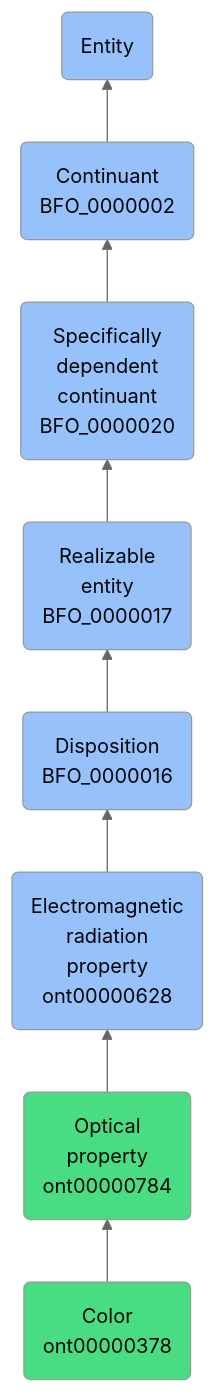
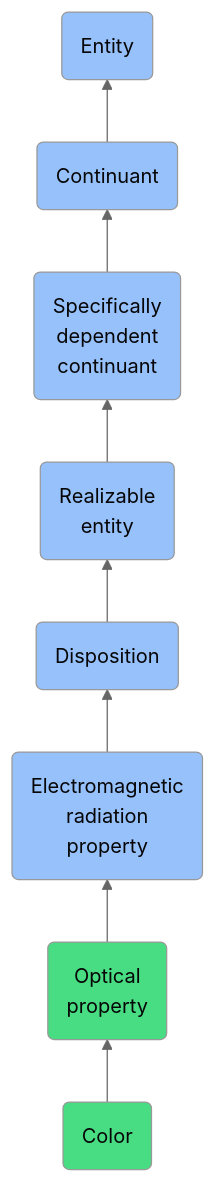
One commit to jupyter-naas/abi changed the diagram in docs/ontology/reference/model/Entity/Continuant/Specifically dependent continuant/Realizable entity/Disposition/Electromagnetic radiation property/Optical property/Color/Color.md. Above: the diagram before and after it, drawn with Mermaid (neutral theme). The commit also changed other lines of this file and 1430 other files, not shown here.

````diff
--- a/docs/ontology/reference/model/Entity/Continuant/Specifically dependent continuant/Realizable entity/Disposition/Electromagnetic radiation property/Optical property/Color/Color.md
+++ b/docs/ontology/reference/model/Entity/Continuant/Specifically dependent continuant/Realizable entity/Disposition/Electromagnetic radiation property/Optical property/Color/Color.md
@@ -24,15 +24,15 @@
 ```mermaid
 graph BT
-    ont00000378(Color<br>ont00000378):::ABI-->ont00000784
-    ont00000784(Optical<br>property<br>ont00000784):::ABI-->ont00000628
-    ont00000628(Electromagnetic<br>radiation<br>property<br>ont00000628):::BFO-->BFO_0000016
-    BFO_0000016(Disposition<br>BFO_0000016):::BFO-->BFO_0000017
-    BFO_0000017(Realizable<br>entity<br>BFO_0000017):::BFO-->BFO_0000020
-    BFO_0000020(Specifically<br>dependent<br>continuant<br>BFO_0000020):::BFO-->BFO_0000002
-    BFO_0000002(Continuant<br>BFO_0000002):::BFO-->BFO_0000001
+    ont00000378(Color):::ABI-->ont00000784
+    ont00000784(Optical<br>property):::ABI-->ont00000628
+    ont00000628(Electromagnetic<br>radiation<br>property):::BFO-->BFO_0000016
+    BFO_0000016(Disposition):::BFO-->BFO_0000017
+    BFO_0000017(Realizable<br>entity):::BFO-->BFO_0000020
+    BFO_0000020(Specifically<br>dependent<br>continuant):::BFO-->BFO_0000002
+    BFO_0000002(Continuant):::BFO-->BFO_0000001
     BFO_0000001(Entity):::BFO
     
     classDef BFO fill:#97c1fb,color:#060606
     classDef CCO fill:#e4c51e,color:#060606
     classDef ABI fill:#48DD82,color:#060606
 ```
````
